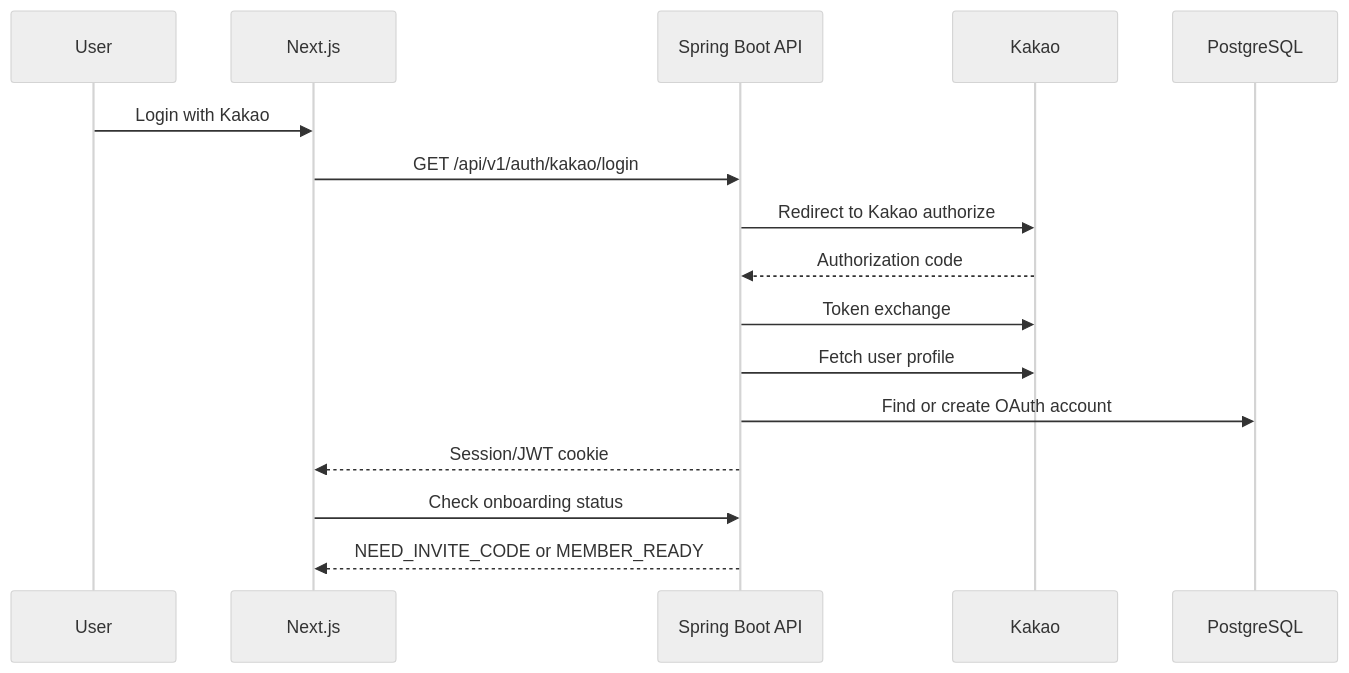
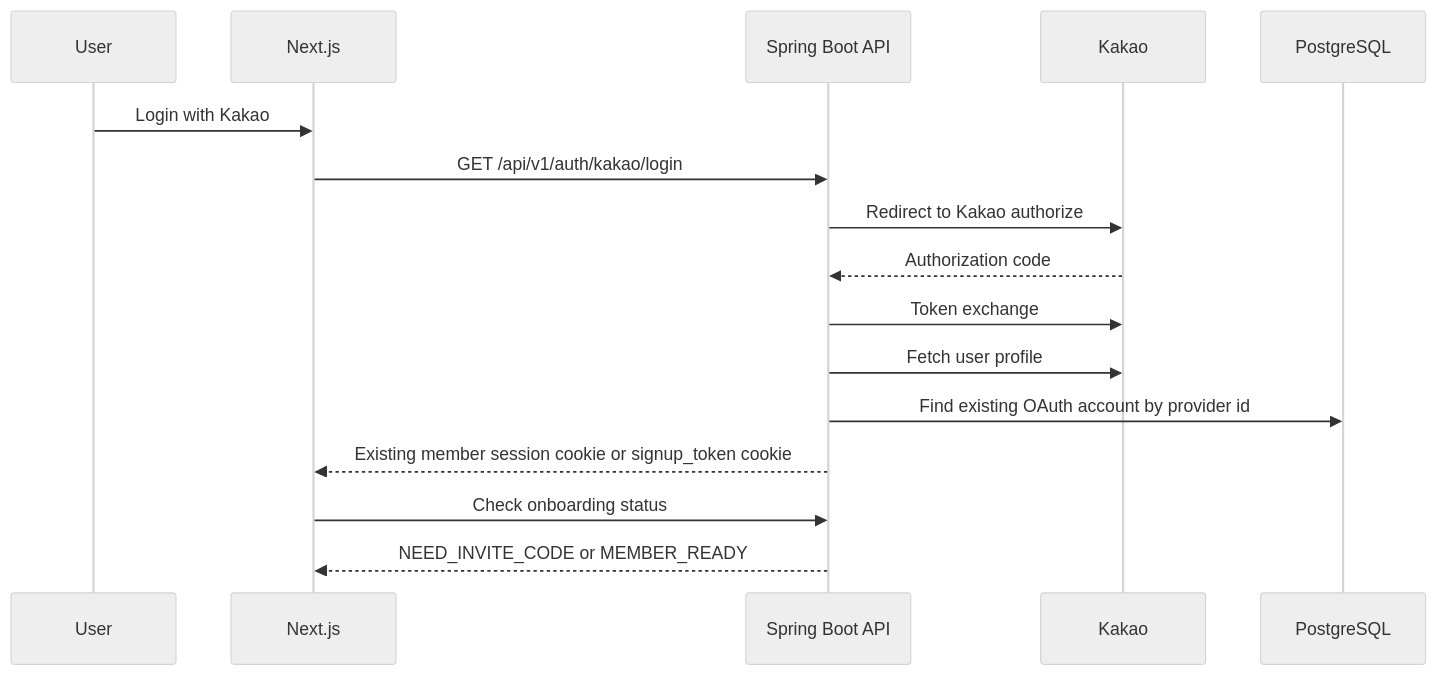
Before and after one commit to ljh468/growth-archive: the second of 3 diagrams in docs/tech/TSD_001_Architecture_DB_ERD.md, drawn with Mermaid (neutral theme). The commit also changed other lines of this file and 10 other files, not shown here.

````diff
--- a/docs/tech/TSD_001_Architecture_DB_ERD.md
+++ b/docs/tech/TSD_001_Architecture_DB_ERD.md
@@ -242,19 +281,19 @@
 ```mermaid
 sequenceDiagram
     participant User
     participant FE as Next.js
     participant API as Spring Boot API
     participant Kakao
     participant DB as PostgreSQL
 
     User->>FE: Login with Kakao
     FE->>API: GET /api/v1/auth/kakao/login
     API->>Kakao: Redirect to Kakao authorize
     Kakao-->>API: Authorization code
     API->>Kakao: Token exchange
     API->>Kakao: Fetch user profile
-    API->>DB: Find or create OAuth account
-    API-->>FE: Session/JWT cookie
+    API->>DB: Find existing OAuth account by provider id
+    API-->>FE: Existing member session cookie or signup_token cookie
     FE->>API: Check onboarding status
     API-->>FE: NEED_INVITE_CODE or MEMBER_READY
 ```
````
